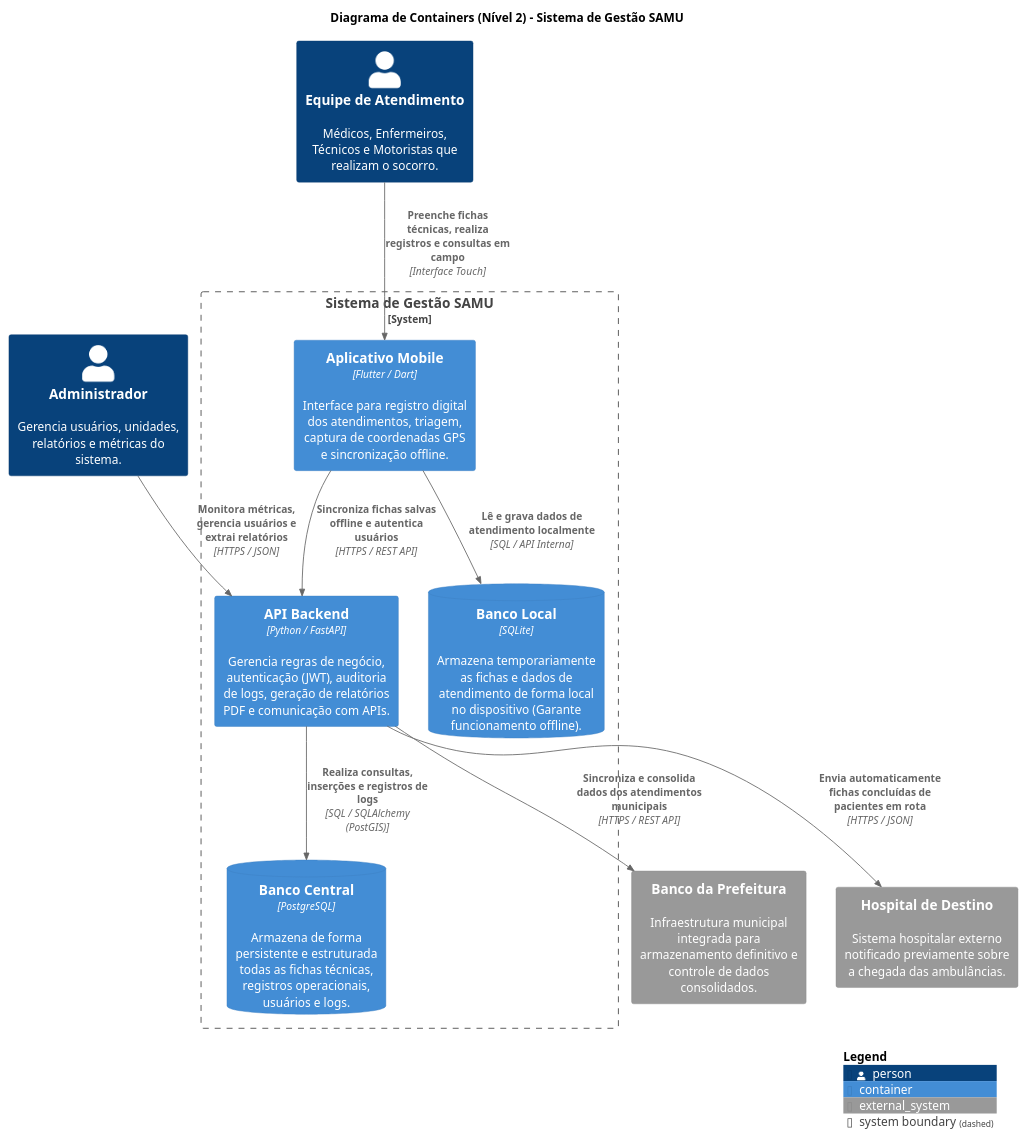
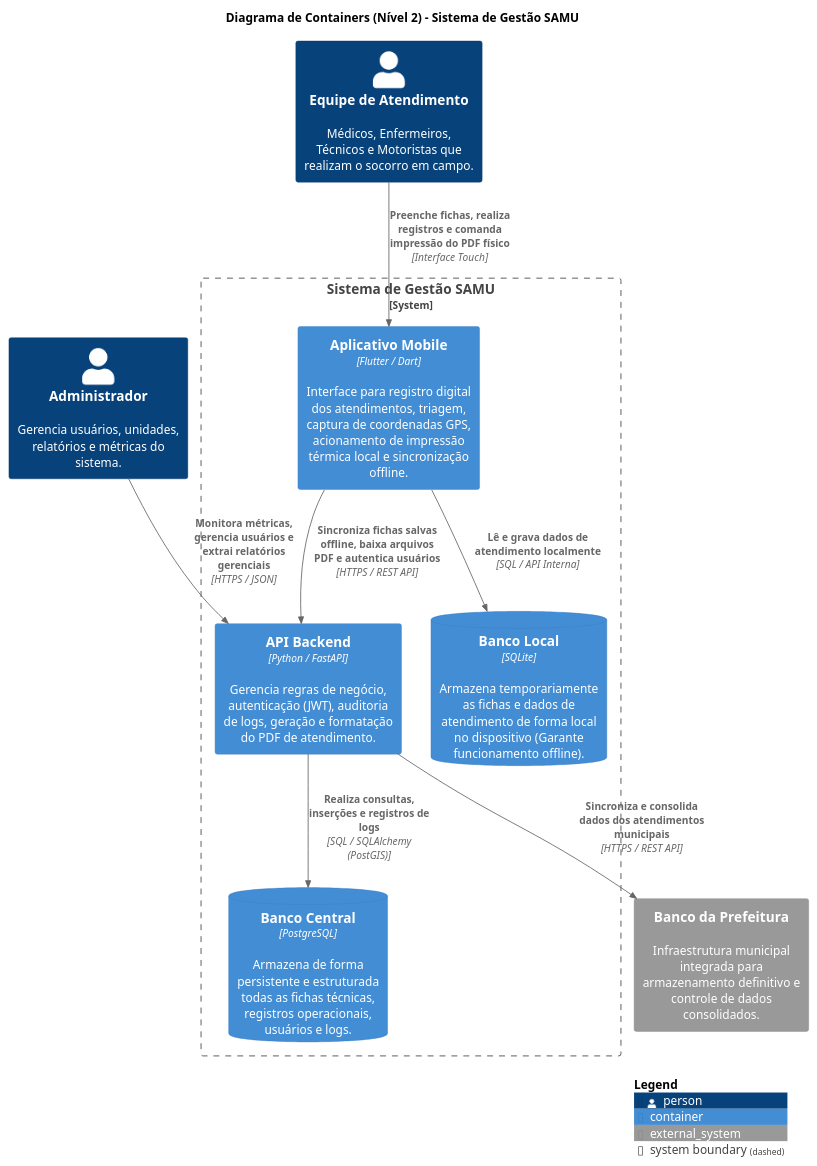
The diagram in ModeloC4/nivel2.puml (Madu3304/Software_brava), drawn with PlantUML before and after one commit. The commit also changed 3 other files, not shown here.

```diff
--- a/ModeloC4/nivel2.puml
+++ b/ModeloC4/nivel2.puml
@@ -1,56 +1,54 @@
 @startuml c4Nivel2
 
 !include https://raw.githubusercontent.com/RicardoNiepel/C4-PlantUML/master/C4_Container.puml
 
 title Diagrama de Containers (Nível 2) - Sistema de Gestão SAMU
 
-' =========================
+' ========================================================
 ' Pessoas
-' =========================
+' ========================================================
 Person(admin, "Administrador", "Gerencia usuários, unidades, relatórios e métricas do sistema.")
-Person(equipe_samu, "Equipe de Atendimento", "Médicos, Enfermeiros, Técnicos e Motoristas que realizam o socorro.")
+Person(equipe_samu, "Equipe de Atendimento", "Médicos, Enfermeiros, Técnicos e Motoristas que realizam o socorro em campo.")
 
-' =========================
+' ========================================================
 ' Limite do Sistema SAMU
-' =========================
+' ========================================================
 System_Boundary(sistema, "Sistema de Gestão SAMU") {
 
-    Container(app, "Aplicativo Mobile", "Flutter / Dart", "Interface para registro digital dos atendimentos, triagem, captura de coordenadas GPS e sincronização offline.")
+    Container(app, "Aplicativo Mobile", "Flutter / Dart", "Interface para registro digital dos atendimentos, triagem, captura de coordenadas GPS, acionamento de impressão térmica local e sincronização offline.")
 
     ContainerDb(localdb, "Banco Local", "SQLite", "Armazena temporariamente as fichas e dados de atendimento de forma local no dispositivo (Garante funcionamento offline).")
 
-    Container(api, "API Backend", "Python / FastAPI", "Gerencia regras de negócio, autenticação (JWT), auditoria de logs, geração de relatórios PDF e comunicação com APIs.")
+    Container(api, "API Backend", "Python / FastAPI", "Gerencia regras de negócio, autenticação (JWT), auditoria de logs, geração e formatação do PDF de atendimento.")
 
     ContainerDb(postgres, "Banco Central", "PostgreSQL", "Armazena de forma persistente e estruturada todas as fichas técnicas, registros operacionais, usuários e logs.")
 }
 
-' =========================
-' Sistemas Externos
-' =========================
+' ========================================================
+' Sistemas Externos (Única Conexão Sistêmica Restante)
+' ========================================================
 System_Ext(prefeitura, "Banco da Prefeitura", "Infraestrutura municipal integrada para armazenamento definitivo e controle de dados consolidados.")
-System_Ext(hospital, "Hospital de Destino", "Sistema hospitalar externo notificado previamente sobre a chegada das ambulâncias.")
 
-' =========================
+' ========================================================
 ' Relacionamentos
-' =========================
+' ========================================================
 
 ' Interações dos Usuários
-Rel(admin, api, "Monitora métricas, gerencia usuários e extrai relatórios", "HTTPS / JSON")
-Rel(equipe_samu, app, "Preenche fichas técnicas, realiza registros e consultas em campo", "Interface Touch")
+Rel(admin, api, "Monitora métricas, gerencia usuários e extrai relatórios gerenciais", "HTTPS / JSON")
+Rel(equipe_samu, app, "Preenche fichas, realiza registros e comanda impressão do PDF físico", "Interface Touch")
 
 ' Comunicação Interna (Mobile)
 Rel(app, localdb, "Lê e grava dados de atendimento localmente", "SQL / API Interna")
-Rel(app, api, "Sincroniza fichas salvas offline e autentica usuários", "HTTPS / REST API")
+Rel(app, api, "Sincroniza fichas salvas offline, baixa arquivos PDF e autentica usuários", "HTTPS / REST API")
 
 ' Comunicação Interna (Backend)
 Rel(api, postgres, "Realiza consultas, inserções e registros de logs", "SQL / SQLAlchemy (PostGIS)")
 
-' Integrações Externas
+' Integrações Externas (O hospital foi removido daqui)
 Rel(api, prefeitura, "Sincroniza e consolida dados dos atendimentos municipais", "HTTPS / REST API")
-Rel(api, hospital, "Envia automaticamente fichas concluídas de pacientes em rota", "HTTPS / JSON")
 
-' =========================
+' ========================================================
 ' Configuração de Legenda
-' =========================
+' ========================================================
 SHOW_LEGEND()
 @enduml
```
